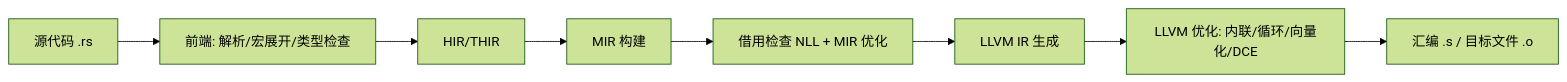
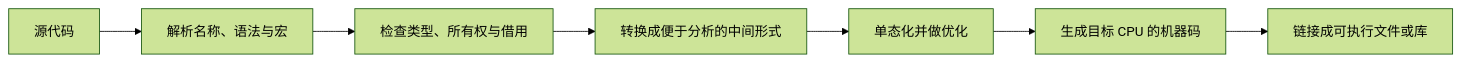
One commit to xizheyin/hft-book-rs changed the diagram in books/rust-hft/src/foundations/compiler_optimizations.md. Above: the diagram before and after it, drawn with Mermaid (forest theme). The commit also changed other lines of this file and 207 other files, not shown here.

````diff
--- a/books/rust-hft/src/foundations/compiler_optimizations.md
+++ b/books/rust-hft/src/foundations/compiler_optimizations.md
@@ -13,10 +11,9 @@
 ```mermaid
 flowchart LR
-    A["源代码 .rs"] --> B["前端: 解析/宏展开/类型检查"]
-    B --> C["HIR/THIR"]
-    C --> D["MIR 构建"]
-    D --> E["借用检查 NLL + MIR 优化"]
-    E --> F["LLVM IR 生成"]
-    F --> G["LLVM 优化: 内联/循环/向量化/DCE"]
-    G --> H["汇编 .s / 目标文件 .o"]
+    A["源代码"] --> B["解析名称、语法与宏"]
+    B --> C["检查类型、所有权与借用"]
+    C --> D["转换成便于分析的中间形式"]
+    D --> E["单态化并做优化"]
+    E --> F["生成目标 CPU 的机器码"]
+    F --> G["链接成可执行文件或库"]
 ```
````
